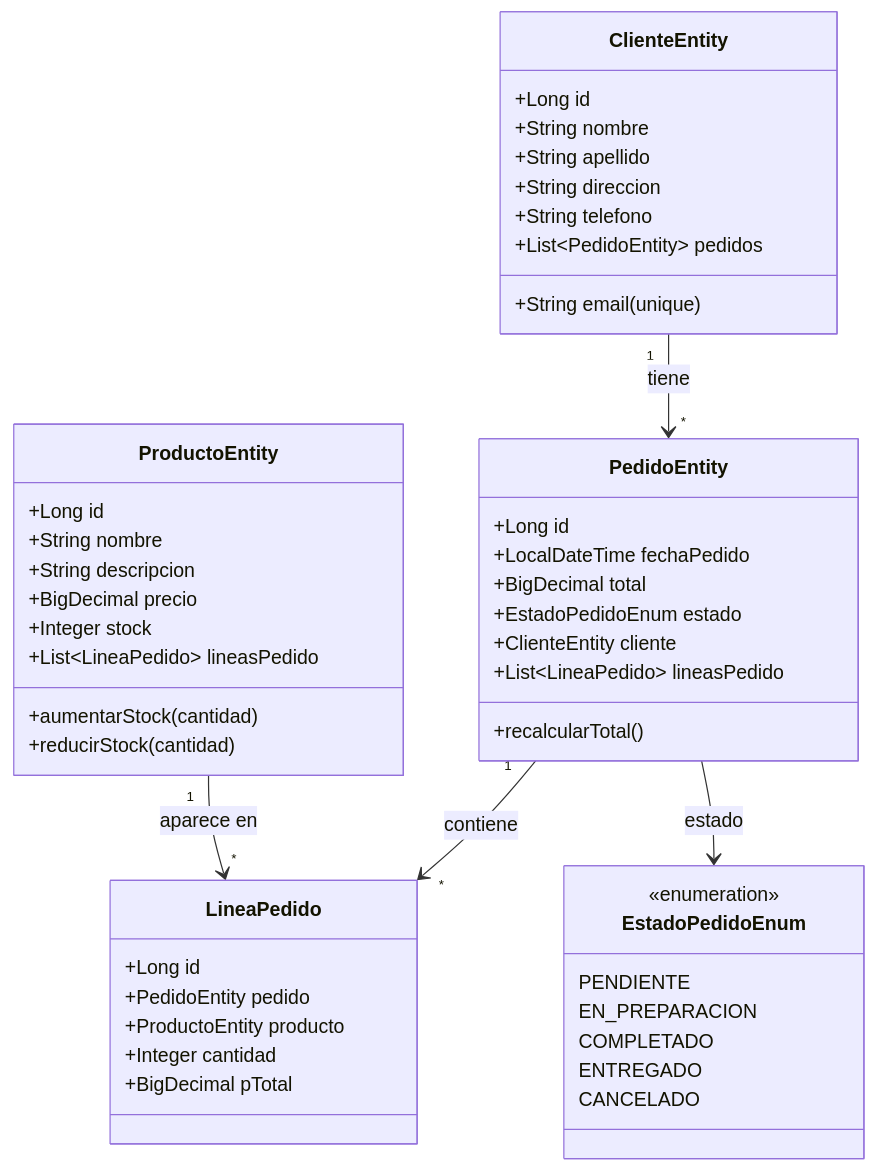
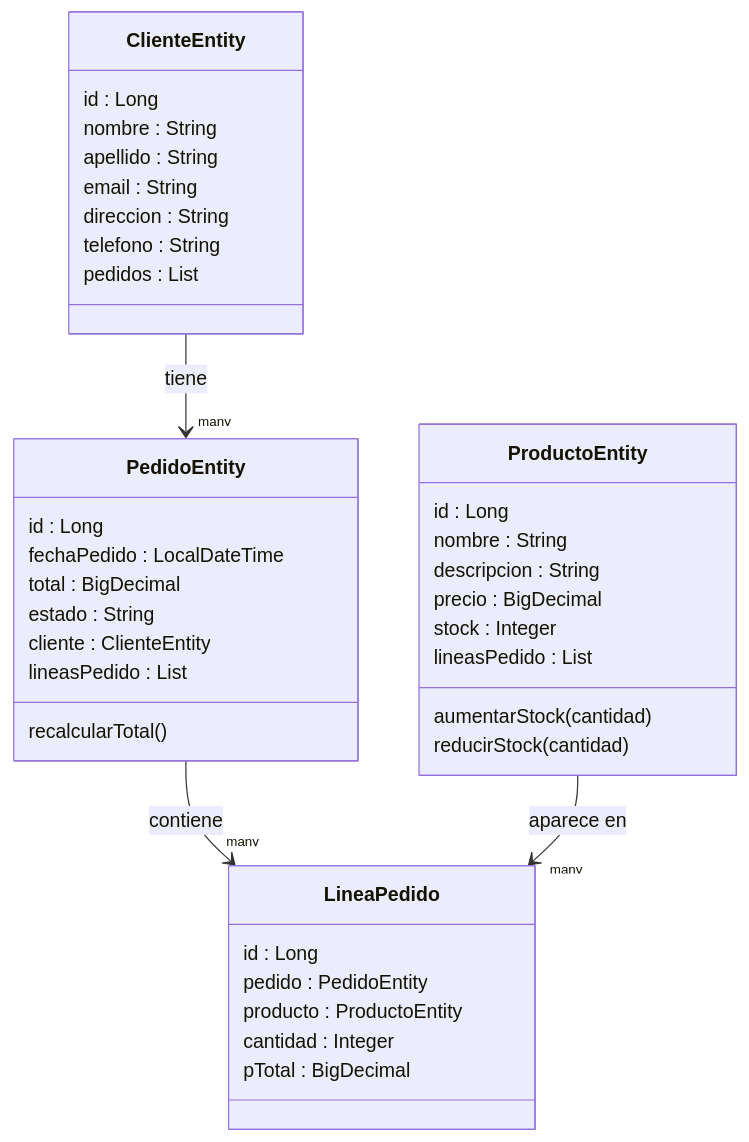
The fifth of 7 diagrams in doc/doc.md (CacholoDev/PFC), drawn with Mermaid before and after one commit. The commit also changed other lines of this file and 2 other files, not shown here.

````diff
--- a/doc/doc.md
+++ b/doc/doc.md
@@ -353,55 +355,45 @@
 ```mermaid
 classDiagram
     class ClienteEntity {
-      +Long id
-      +String nombre
-      +String apellido
-      +String email (unique)
-      +String direccion
-      +String telefono
-      +List~PedidoEntity~ pedidos
+        id : Long
+        nombre : String
+        apellido : String
+        email : String
+        direccion : String
+        telefono : String
+        pedidos : List
     }
     
     class ProductoEntity {
-      +Long id
-      +String nombre
-      +String descripcion
-      +BigDecimal precio
-      +Integer stock
-      +List~LineaPedido~ lineasPedido
-      +aumentarStock(cantidad)
-      +reducirStock(cantidad)
+        id : Long
+        nombre : String
+        descripcion : String
+        precio : BigDecimal
+        stock : Integer
+        lineasPedido : List
+        aumentarStock(cantidad)
+        reducirStock(cantidad)
     }
     
     class PedidoEntity {
-      +Long id
-      +LocalDateTime fechaPedido
-      +BigDecimal total
-      +EstadoPedidoEnum estado
-      +ClienteEntity cliente
-      +List~LineaPedido~ lineasPedido
-      +recalcularTotal()
+        id : Long
+        fechaPedido : LocalDateTime
+        total : BigDecimal
+        estado : String
+        cliente : ClienteEntity
+        lineasPedido : List
+        recalcularTotal()
     }
     
     class LineaPedido {
-      +Long id
-      +PedidoEntity pedido
-      +ProductoEntity producto
-      +Integer cantidad
-      +BigDecimal pTotal
+        id : Long
+        pedido : PedidoEntity
+        producto : ProductoEntity
+        cantidad : Integer
+        pTotal : BigDecimal
     }
     
-    class EstadoPedidoEnum {
-      <<enumeration>>
-      PENDIENTE
-      EN_PREPARACION
-      COMPLETADO
-      ENTREGADO
-      CANCELADO
-    }
-    
-    ClienteEntity "1" --> "*" PedidoEntity : tiene
-    PedidoEntity "1" --> "*" LineaPedido : contiene
-    ProductoEntity "1" --> "*" LineaPedido : aparece en
-    PedidoEntity --> EstadoPedidoEnum : estado
+    ClienteEntity --> "many" PedidoEntity : tiene
+    PedidoEntity --> "many" LineaPedido : contiene
+    ProductoEntity --> "many" LineaPedido : aparece en
 ```
````
